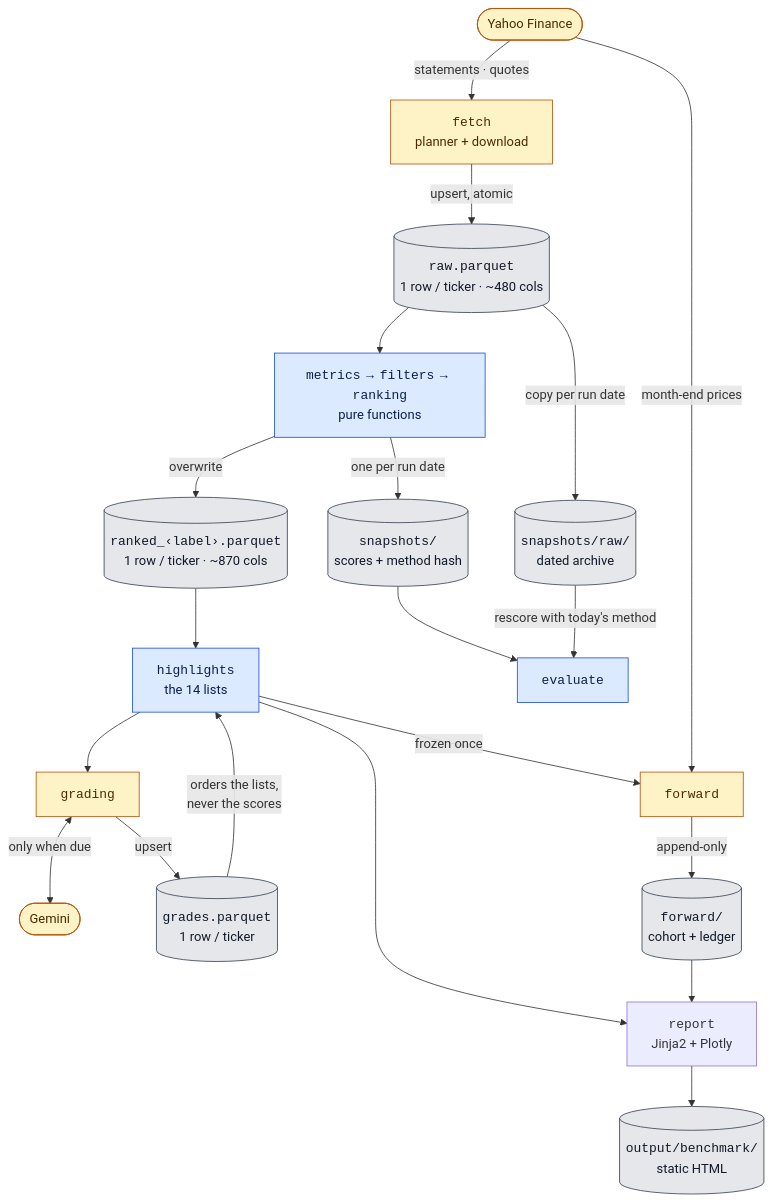
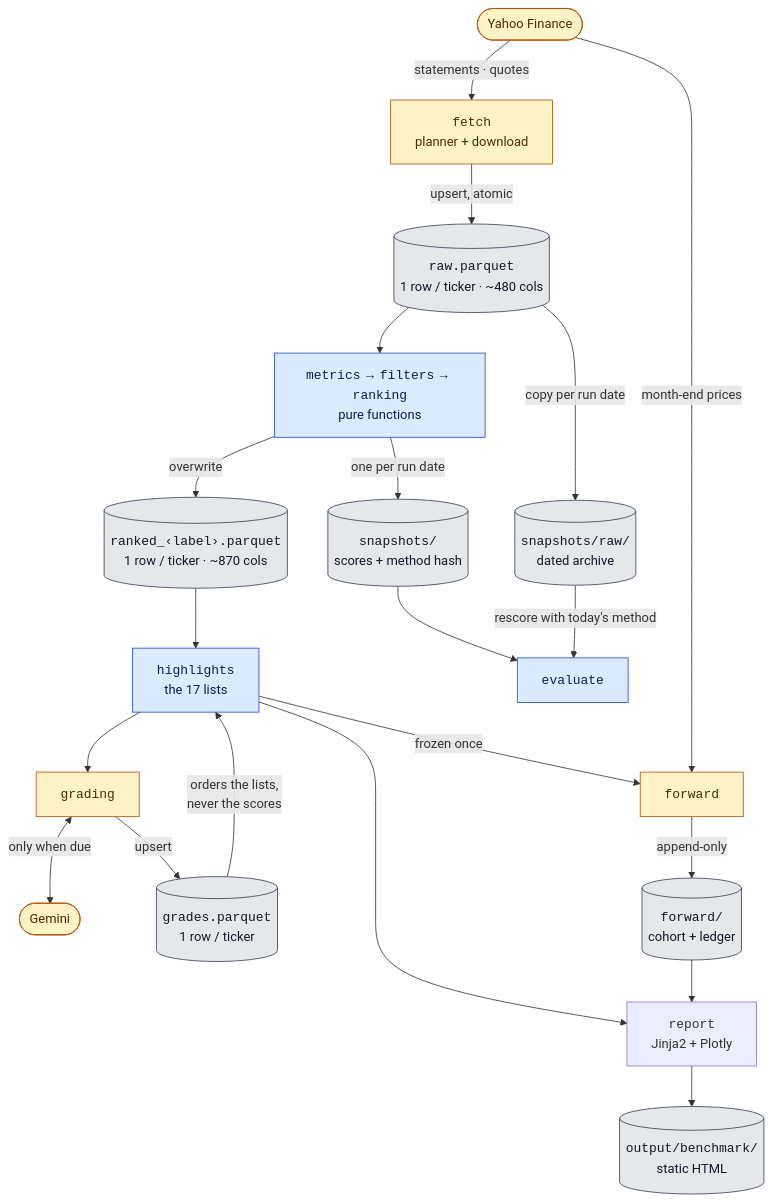
Before and after one commit to JAlvarezRomario/equity-screening-pipeline: the second of 5 diagrams in ARCHITECTURE.md, drawn with Mermaid. The commit also changed 35 other files, not shown here.

````diff
--- a/ARCHITECTURE.md
+++ b/ARCHITECTURE.md
@@ -81,29 +81,29 @@
 ```mermaid
 flowchart TB
     Y(["Yahoo Finance"]) -->|"statements · quotes"| F["<code>fetch</code><br/>planner + download"]
     F -->|"upsert, atomic"| RAW[("<code>raw.parquet</code><br/>1 row / ticker · ~480 cols")]
     RAW --> CORE["<code>metrics</code> → <code>filters</code> → <code>ranking</code><br/>pure functions"]
     RAW -->|"copy per run date"| RA[("<code>snapshots/raw/</code><br/>dated archive")]
     CORE -->|"overwrite"| RK[("<code>ranked_‹label›.parquet</code><br/>1 row / ticker · ~870 cols")]
     CORE -->|"one per run date"| SN[("<code>snapshots/</code><br/>scores + method hash")]
-    RK --> HL["<code>highlights</code><br/>the 14 lists"]
+    RK --> HL["<code>highlights</code><br/>the 17 lists"]
     HL --> GR["<code>grading</code>"]
     GR <-->|"only when due"| GM(["Gemini"])
     GR -->|"upsert"| GD[("<code>grades.parquet</code><br/>1 row / ticker")]
     GD -->|"orders the lists,<br/>never the scores"| HL
     HL -->|"frozen once"| FW["<code>forward</code>"]
     Y -->|"month-end prices"| FW
     FW -->|"append-only"| LG[("<code>forward/</code><br/>cohort + ledger")]
     HL --> SITE["<code>report</code><br/>Jinja2 + Plotly"]
     LG --> SITE
     SITE --> OUT[("<code>output/benchmark/</code><br/>static HTML")]
     SN --> EV["<code>evaluate</code>"]
     RA -->|"rescore with today's method"| EV
 
     classDef pure fill:#dbeafe,stroke:#1d4ed8,color:#0b1f4d
     classDef ext fill:#fef3c7,stroke:#b45309,color:#4a2a04
     classDef store fill:#e5e7eb,stroke:#374151,color:#111827
     class CORE,HL,EV pure
     class Y,GM,F,GR,FW ext
     class RAW,RA,RK,SN,GD,LG,OUT store
 ```
````
